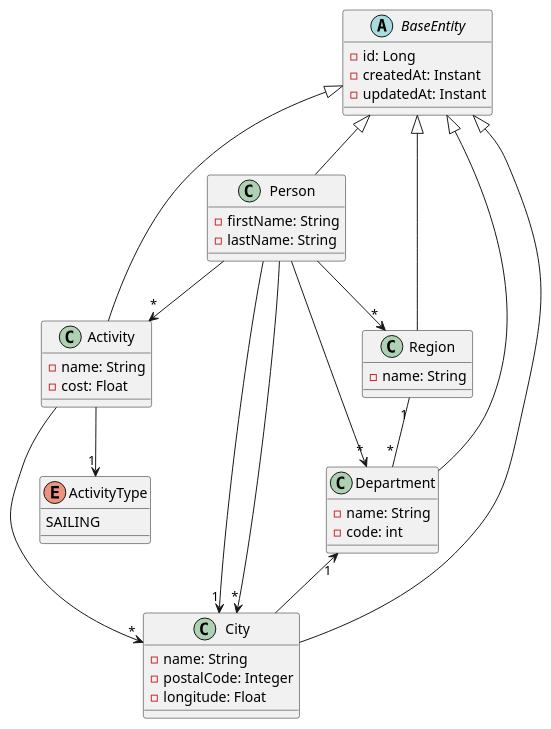
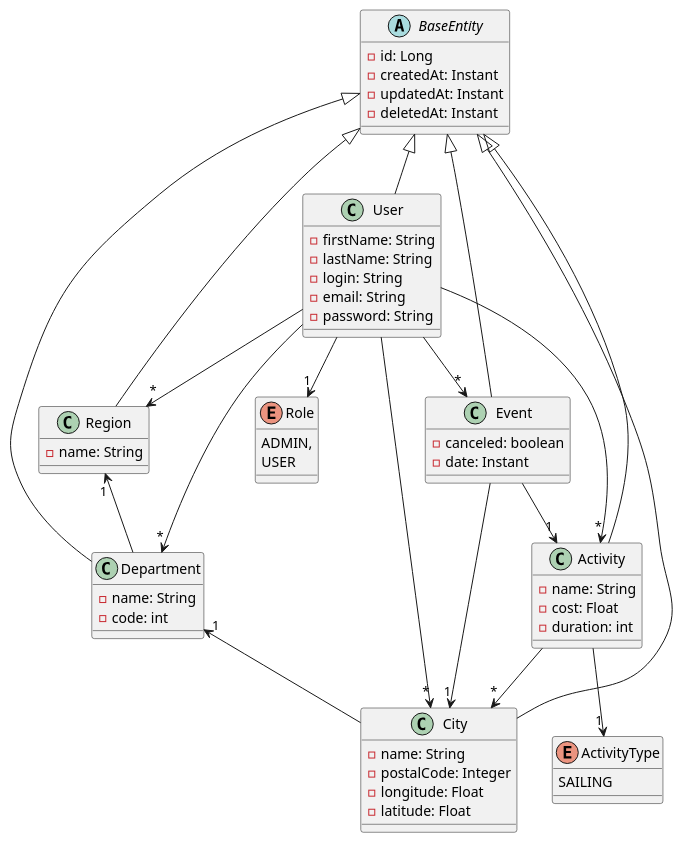
The diagram in TAA/TP2/spec/model.puml (malahx/ISTIC), drawn with PlantUML before and after one commit. The commit also changed 12 other files, not shown here.

```diff
--- a/TAA/TP2/spec/model.puml
+++ b/TAA/TP2/spec/model.puml
@@ -1,46 +1,64 @@
 @startuml
 
 class Activity {
     -name: String
     -cost: Float
+    -duration: int
 }
 enum ActivityType {
     SAILING
 }
 abstract class BaseEntity {
     -id: Long
     -createdAt: Instant
     -updatedAt: Instant
+    -deletedAt: Instant
 }
 class City {
     -name: String
     -postalCode: Integer
     -longitude: Float
+    -latitude: Float
 }
 class Department {
     -name: String
     -code: int
 }
-class Person {
+class User {
     -firstName: String
     -lastName: String
+    -login: String
+    -email: String
+    -password: String
+}
+enum Role {
+    ADMIN,
+    USER
 }
 class Region {
     -name: String
+}
+class Event {
+    -canceled: boolean
+    -date: Instant
 }
 
 BaseEntity <|-- Activity
 BaseEntity <|-- City
 BaseEntity <|-- Department
-BaseEntity <|-- Person
+BaseEntity <|-- User
 BaseEntity <|-- Region
+BaseEntity <|-- Event
 Activity --> "*" City
 Activity --> "1" ActivityType
-Person --> "1" City
-Person --> "*" City
-Person --> "*" Department
-Person --> "*" Region
+User --> "*" City
+User --> "*" Department
+User --> "*" Region
 Department "1" <-- City
-Region "1" -- "*" Department
-Person --> "*" Activity
+Region "1" <-- Department
+User --> "*" Activity
+Event --> "1" City
+Event --> "1" Activity
+User --> "*" Event
+User --> "1" Role
 @enduml
```
